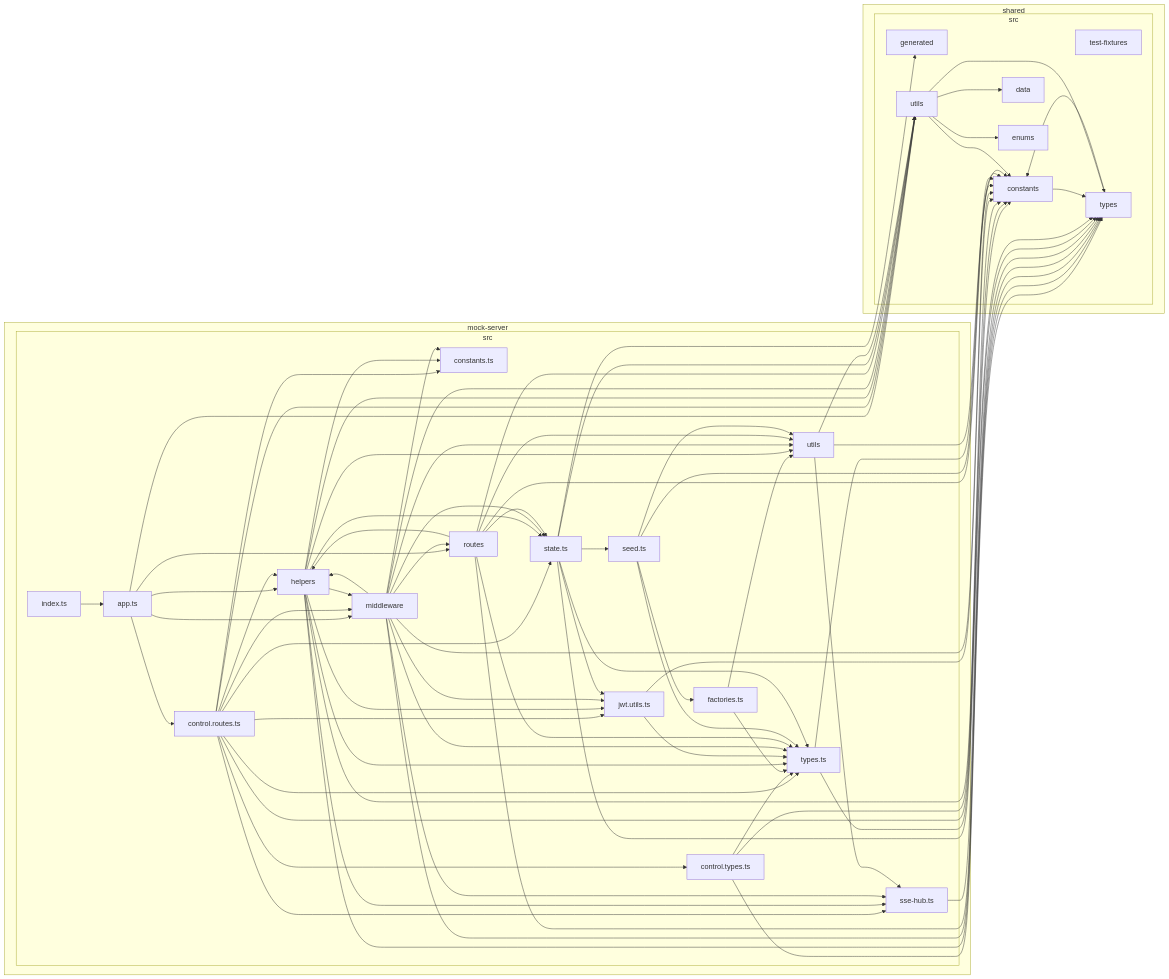
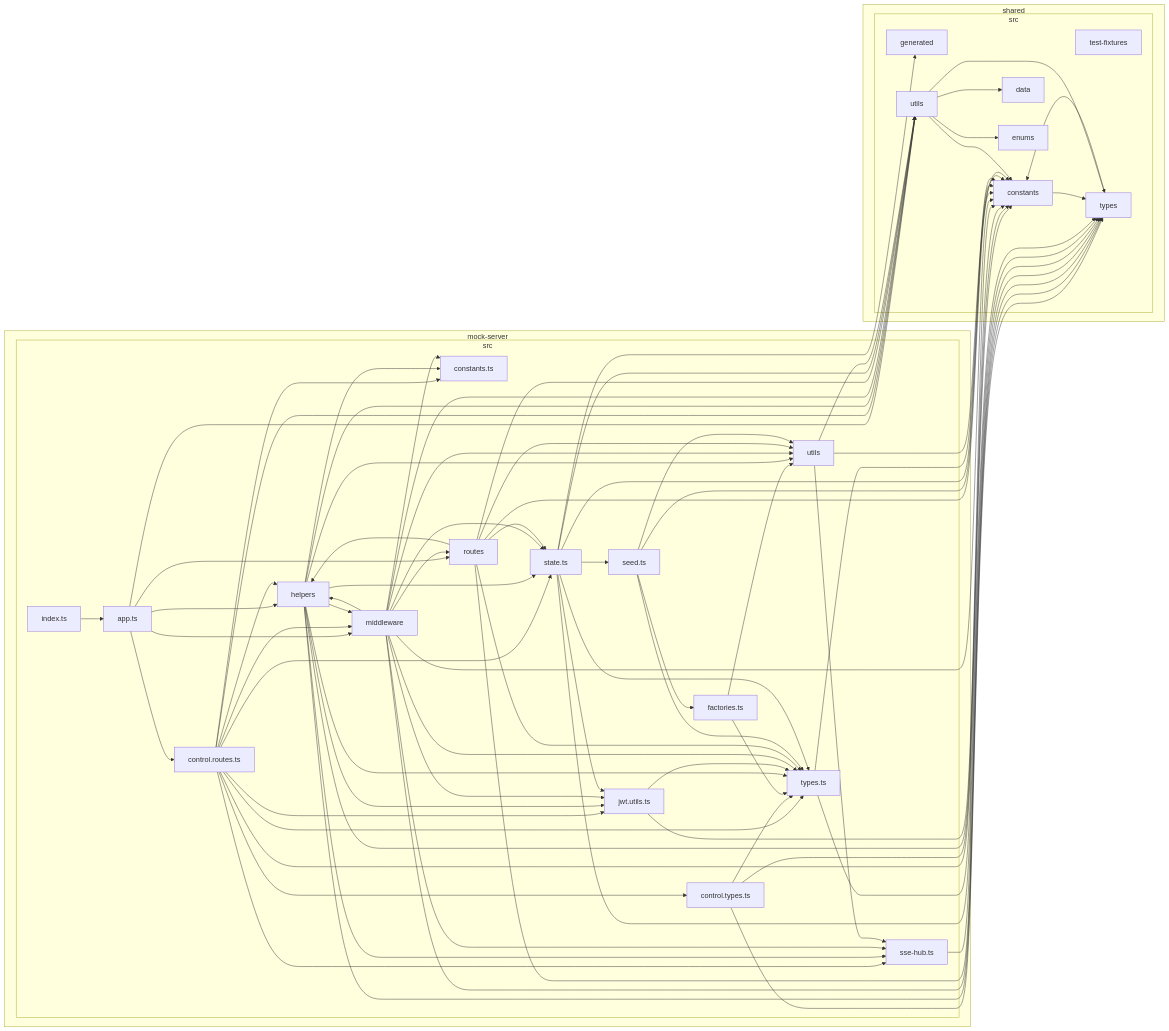
Before and after one commit to tauinbox/client-server-starter-app: the fifth of 5 diagrams in architecture/dependency-graph.md, drawn with Mermaid. The commit also changed 12 other files, not shown here.

```diff
--- a/architecture/dependency-graph.md
+++ b/architecture/dependency-graph.md
@@ -527,6 +527,7 @@
 E-->9
 E-->C
 E-->F
+E-->J
 E-->M
 E-->O
 E-->P
```
